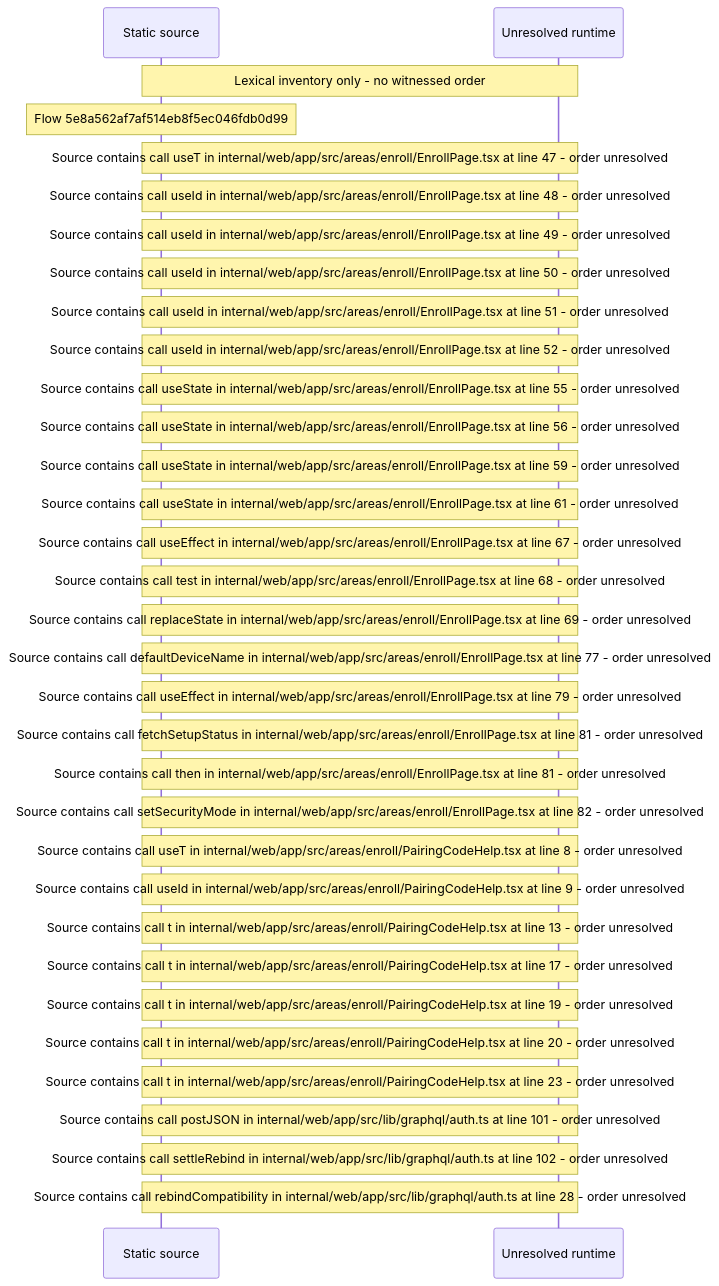
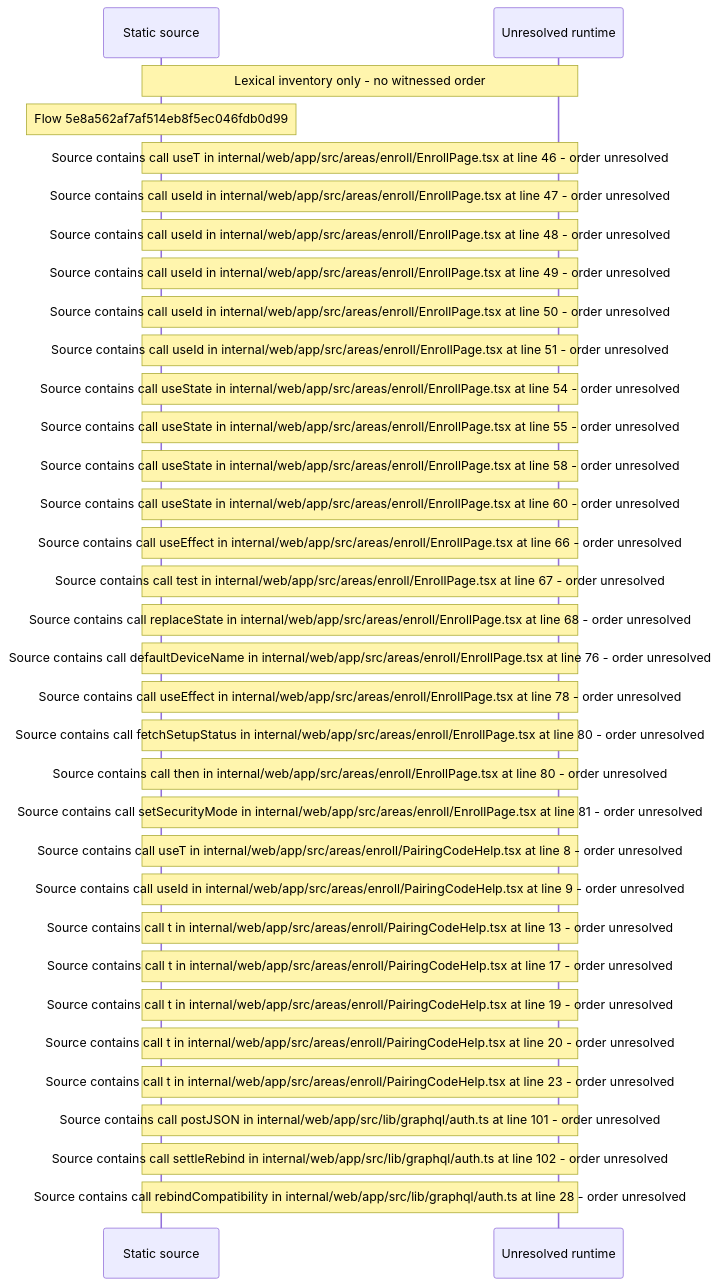
The diagram in docs/web/flows/generated/5e8a562af7af514eb8f5ec046fdb0d99/flow-diagram.md (beamfall/core), drawn with Mermaid before and after one commit. The commit also changed other lines of this file and 715 other files, not shown here.

Commit message:
Regenerate the web flow record on the landing stack head (CORE-1762)

````diff
--- a/docs/web/flows/generated/5e8a562af7af514eb8f5ec046fdb0d99/flow-diagram.md
+++ b/docs/web/flows/generated/5e8a562af7af514eb8f5ec046fdb0d99/flow-diagram.md
@@ -10,35 +10,35 @@
 ```mermaid
 sequenceDiagram
     participant S as Static source
     participant U as Unresolved runtime
     Note over S,U: Lexical inventory only - no witnessed order
     Note over S: Flow 5e8a562af7af514eb8f5ec046fdb0d99
-    Note over S,U: Source contains call useT in internal/web/app/src/areas/enroll/EnrollPage.tsx at line 47 - order unresolved
+    Note over S,U: Source contains call useT in internal/web/app/src/areas/enroll/EnrollPage.tsx at line 46 - order unresolved
+    Note over S,U: Source contains call useId in internal/web/app/src/areas/enroll/EnrollPage.tsx at line 47 - order unresolved
     Note over S,U: Source contains call useId in internal/web/app/src/areas/enroll/EnrollPage.tsx at line 48 - order unresolved
     Note over S,U: Source contains call useId in internal/web/app/src/areas/enroll/EnrollPage.tsx at line 49 - order unresolved
     Note over S,U: Source contains call useId in internal/web/app/src/areas/enroll/EnrollPage.tsx at line 50 - order unresolved
     Note over S,U: Source contains call useId in internal/web/app/src/areas/enroll/EnrollPage.tsx at line 51 - order unresolved
-    Note over S,U: Source contains call useId in internal/web/app/src/areas/enroll/EnrollPage.tsx at line 52 - order unresolved
+    Note over S,U: Source contains call useState in internal/web/app/src/areas/enroll/EnrollPage.tsx at line 54 - order unresolved
     Note over S,U: Source contains call useState in internal/web/app/src/areas/enroll/EnrollPage.tsx at line 55 - order unresolved
-    Note over S,U: Source contains call useState in internal/web/app/src/areas/enroll/EnrollPage.tsx at line 56 - order unresolved
-    Note over S,U: Source contains call useState in internal/web/app/src/areas/enroll/EnrollPage.tsx at line 59 - order unresolved
-    Note over S,U: Source contains call useState in internal/web/app/src/areas/enroll/EnrollPage.tsx at line 61 - order unresolved
-    Note over S,U: Source contains call useEffect in internal/web/app/src/areas/enroll/EnrollPage.tsx at line 67 - order unresolved
-    Note over S,U: Source contains call test in internal/web/app/src/areas/enroll/EnrollPage.tsx at line 68 - order unresolved
-    Note over S,U: Source contains call replaceState in internal/web/app/src/areas/enroll/EnrollPage.tsx at line 69 - order unresolved
-    Note over S,U: Source contains call defaultDeviceName in internal/web/app/src/areas/enroll/EnrollPage.tsx at line 77 - order unresolved
-    Note over S,U: Source contains call useEffect in internal/web/app/src/areas/enroll/EnrollPage.tsx at line 79 - order unresolved
-    Note over S,U: Source contains call fetchSetupStatus in internal/web/app/src/areas/enroll/EnrollPage.tsx at line 81 - order unresolved
-    Note over S,U: Source contains call then in internal/web/app/src/areas/enroll/EnrollPage.tsx at line 81 - order unresolved
-    Note over S,U: Source contains call setSecurityMode in internal/web/app/src/areas/enroll/EnrollPage.tsx at line 82 - order unresolved
+    Note over S,U: Source contains call useState in internal/web/app/src/areas/enroll/EnrollPage.tsx at line 58 - order unresolved
+    Note over S,U: Source contains call useState in internal/web/app/src/areas/enroll/EnrollPage.tsx at line 60 - order unresolved
+    Note over S,U: Source contains call useEffect in internal/web/app/src/areas/enroll/EnrollPage.tsx at line 66 - order unresolved
+    Note over S,U: Source contains call test in internal/web/app/src/areas/enroll/EnrollPage.tsx at line 67 - order unresolved
+    Note over S,U: Source contains call replaceState in internal/web/app/src/areas/enroll/EnrollPage.tsx at line 68 - order unresolved
+    Note over S,U: Source contains call defaultDeviceName in internal/web/app/src/areas/enroll/EnrollPage.tsx at line 76 - order unresolved
+    Note over S,U: Source contains call useEffect in internal/web/app/src/areas/enroll/EnrollPage.tsx at line 78 - order unresolved
+    Note over S,U: Source contains call fetchSetupStatus in internal/web/app/src/areas/enroll/EnrollPage.tsx at line 80 - order unresolved
+    Note over S,U: Source contains call then in internal/web/app/src/areas/enroll/EnrollPage.tsx at line 80 - order unresolved
+    Note over S,U: Source contains call setSecurityMode in internal/web/app/src/areas/enroll/EnrollPage.tsx at line 81 - order unresolved
     Note over S,U: Source contains call useT in internal/web/app/src/areas/enroll/PairingCodeHelp.tsx at line 8 - order unresolved
     Note over S,U: Source contains call useId in internal/web/app/src/areas/enroll/PairingCodeHelp.tsx at line 9 - order unresolved
     Note over S,U: Source contains call t in internal/web/app/src/areas/enroll/PairingCodeHelp.tsx at line 13 - order unresolved
     Note over S,U: Source contains call t in internal/web/app/src/areas/enroll/PairingCodeHelp.tsx at line 17 - order unresolved
     Note over S,U: Source contains call t in internal/web/app/src/areas/enroll/PairingCodeHelp.tsx at line 19 - order unresolved
     Note over S,U: Source contains call t in internal/web/app/src/areas/enroll/PairingCodeHelp.tsx at line 20 - order unresolved
     Note over S,U: Source contains call t in internal/web/app/src/areas/enroll/PairingCodeHelp.tsx at line 23 - order unresolved
     Note over S,U: Source contains call postJSON in internal/web/app/src/lib/graphql/auth.ts at line 101 - order unresolved
     Note over S,U: Source contains call settleRebind in internal/web/app/src/lib/graphql/auth.ts at line 102 - order unresolved
     Note over S,U: Source contains call rebindCompatibility in internal/web/app/src/lib/graphql/auth.ts at line 28 - order unresolved
 ```
````
